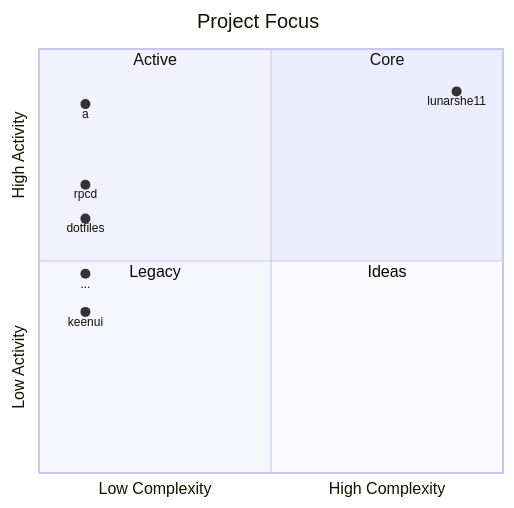
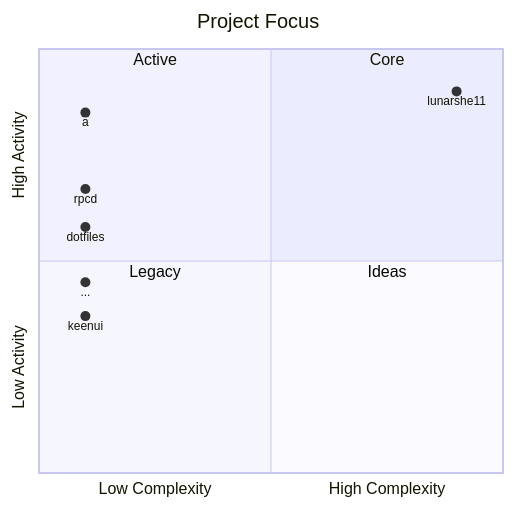
The first of 3 diagrams in README.md (lunarshe11/lunarshe11), drawn with Mermaid before and after one commit. The commit also changed other lines of this file, not shown here.

Commit message:
auto: update log activity 2026-10-29 10:05:08

````diff
--- a/README.md
+++ b/README.md
@@ -13,16 +13,16 @@
 ```mermaid
 quadrantChart
     title Project Focus
     x-axis Low Complexity --> High Complexity
     y-axis Low Activity --> High Activity
     quadrant-1 Core
     quadrant-2 Active
     quadrant-3 Legacy
     quadrant-4 Ideas
     lunarshe11: [0.9, 0.9]
-    a: [0.1, 0.87]
-    rpcd: [0.1, 0.68]
-    dotfiles: [0.1, 0.6]
-    ...: [0.1, 0.47]
-    keenui: [0.1, 0.38]
+    a: [0.1, 0.85]
+    rpcd: [0.1, 0.67]
+    dotfiles: [0.1, 0.58]
+    ...: [0.1, 0.45]
+    keenui: [0.1, 0.37]
 ```
````
